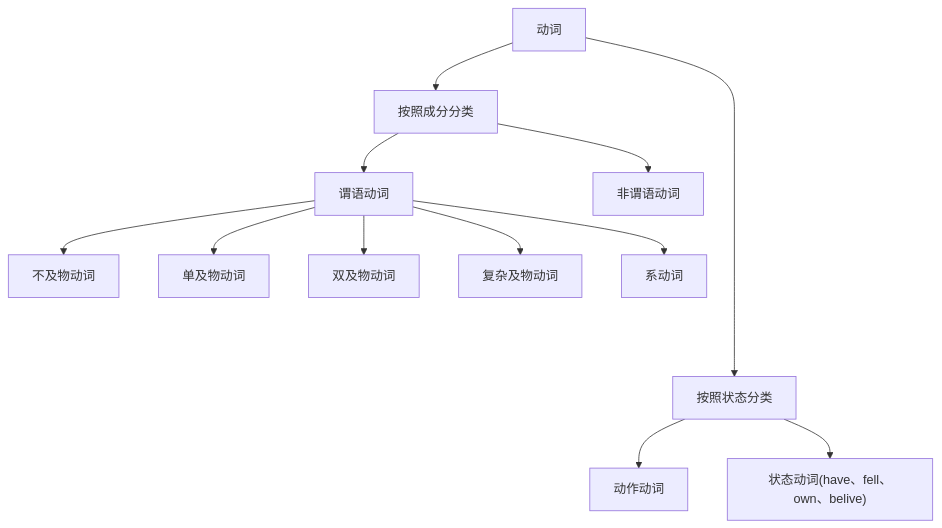
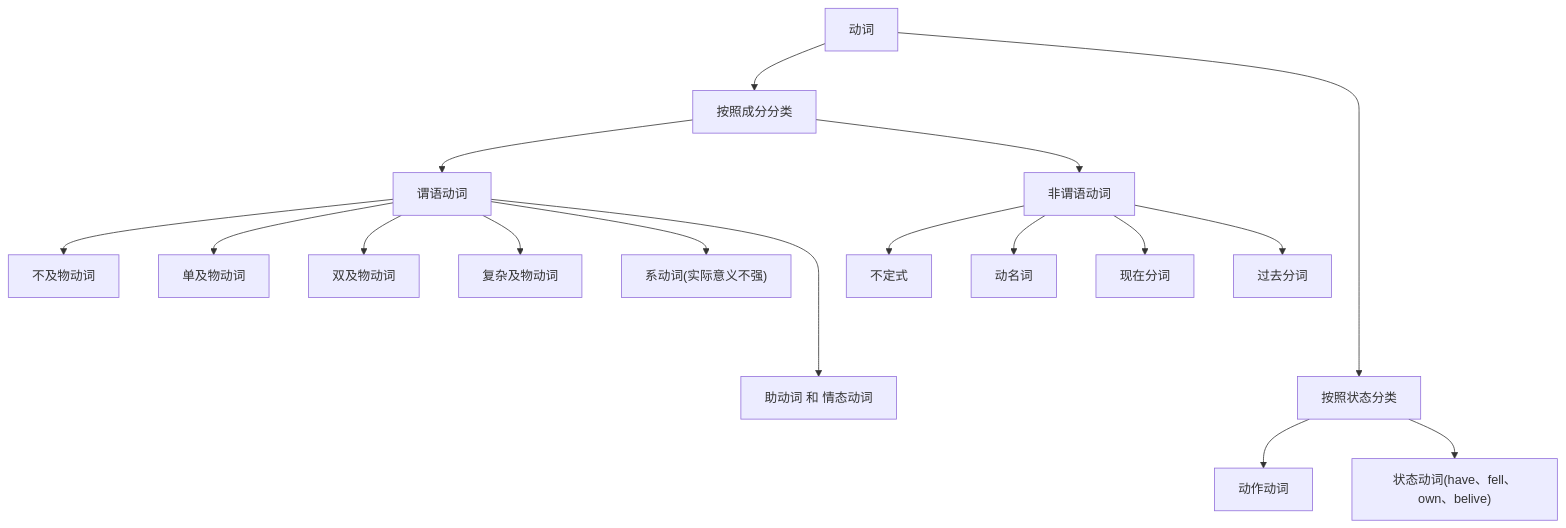
One commit to xiaogithubooo/LimouLearnNote changed the diagram in EnglishNote/语法/英语语法框架/002+limou+2023_11_4+动词（一）分类和TAM.md. Above: the diagram before and after it, drawn with Mermaid. The commit also changed 47 other files, not shown here.

````diff
--- a/EnglishNote/语法/英语语法框架/002+limou+2023_11_4+动词（一）分类和TAM.md
+++ b/EnglishNote/语法/英语语法框架/002+limou+2023_11_4+动词（一）分类和TAM.md
@@ -4,21 +4,27 @@
 ```mermaid
 flowchart TD
 O["动词"]
 O --> A["按照成分分类"]
 O ------> B["按照状态分类"]
 
 A --> A1 & A2
-A1["谓语动词"]
-A2["非谓语动词"]
 
-A1 --> A11 & A12 & A13 & A14 & A15
+A1["谓语动词"] --> A11 & A12 & A13 & A14 & A15
 A11["不及物动词"]
 A12["单及物动词"]
 A13["双及物动词"]
 A14["复杂及物动词"]
-A15["系动词"]
+A15["系动词(实际意义不强)"]
+A1 ----> A16
+A16["助动词 和 情态动词"]
+
+A2["非谓语动词"] --> A21 & A22 & A23 & A24
+A21["不定式"]
+A22["动名词"]
+A23["现在分词"]
+A24["过去分词"]
 
 B --> B1 & B2
 B1["动作动词"]
 B2["状态动词(have、fell、own、belive)"]
 ```
````
